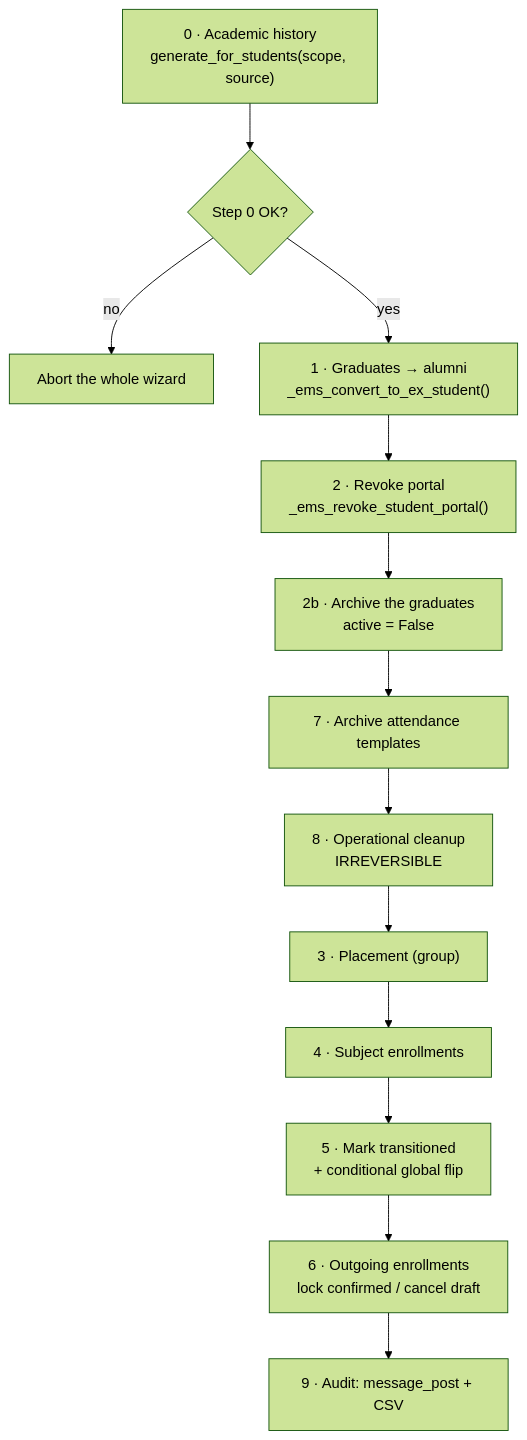
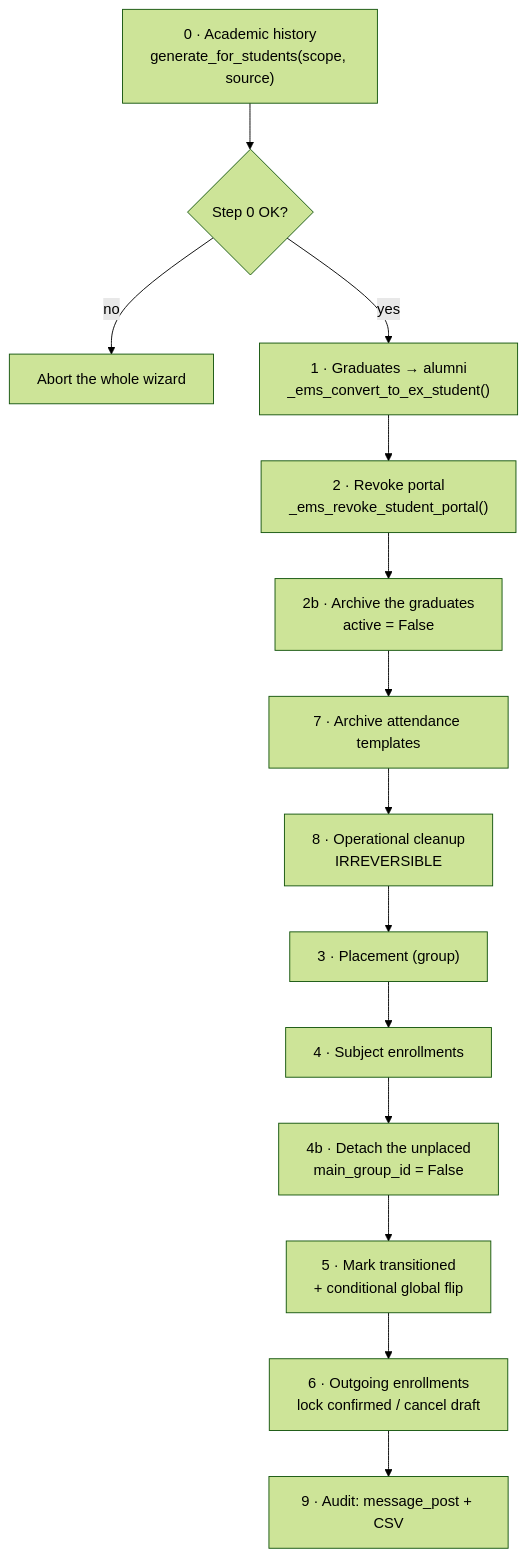
One commit to ElPuig/EMS changed the second of 5 diagrams in docs/en/developers/settings/course_transition_wizard.md. Above: the diagram before and after it, drawn with Mermaid (forest theme). The commit also changed other lines of this file and 4 other files, not shown here.

Commit message:
Detach the students nobody placed from the outgoing group

````diff
--- a/docs/en/developers/settings/course_transition_wizard.md
+++ b/docs/en/developers/settings/course_transition_wizard.md
@@ -76,15 +76,16 @@
 ```mermaid
 flowchart TD
     S0["0 · Academic history<br/>generate_for_students(scope, source)"] --> GUARD{"Step 0 OK?"}
     GUARD -- no --> ABORT["Abort the whole wizard"]
     GUARD -- yes --> S1["1 · Graduates → alumni<br/>_ems_convert_to_ex_student()"]
     S1 --> S2["2 · Revoke portal<br/>_ems_revoke_student_portal()"]
     S2 --> S2B["2b · Archive the graduates<br/>active = False"]
     S2B --> S7["7 · Archive attendance templates"]
     S7 --> S8["8 · Operational cleanup<br/>IRREVERSIBLE"]
     S8 --> S3["3 · Placement (group)"]
     S3 --> S4["4 · Subject enrollments"]
-    S4 --> S5["5 · Mark transitioned<br/>+ conditional global flip"]
+    S4 --> S4B["4b · Detach the unplaced<br/>main_group_id = False"]
+    S4B --> S5["5 · Mark transitioned<br/>+ conditional global flip"]
     S5 --> S6["6 · Outgoing enrollments<br/>lock confirmed / cancel draft"]
     S6 --> S9["9 · Audit: message_post + CSV"]
 ```
````
